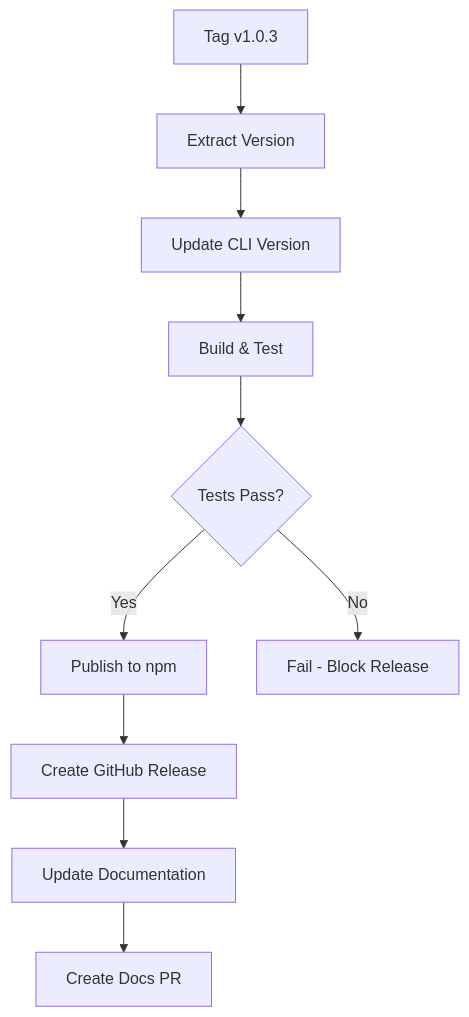
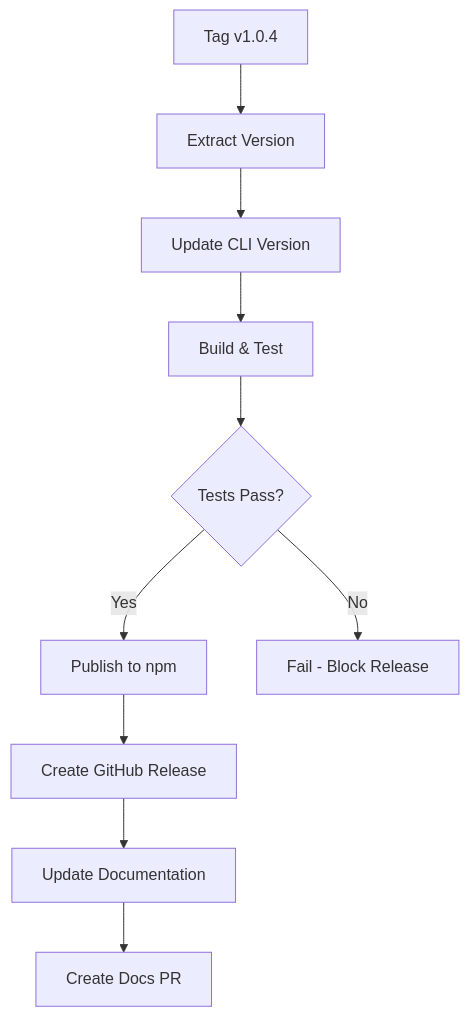
One commit to nevermined-io/payments changed the second of 2 diagrams in GITHUB_ACTIONS_SETUP.md. Above: the diagram before and after it, drawn with Mermaid. The commit also changed other lines of this file and 10 other files, not shown here.

````diff
--- a/GITHUB_ACTIONS_SETUP.md
+++ b/GITHUB_ACTIONS_SETUP.md
@@ -75,12 +75,12 @@
 ```mermaid
 graph TD
-    A[Tag v1.0.3] --> B[Extract Version]
+    A[Tag v1.0.4] --> B[Extract Version]
     B --> C[Update CLI Version]
     C --> D[Build & Test]
     D --> E{Tests Pass?}
     E -->|Yes| F[Publish to npm]
     E -->|No| G[Fail - Block Release]
     F --> H[Create GitHub Release]
     H --> I[Update Documentation]
     I --> J[Create Docs PR]
 ```
````
